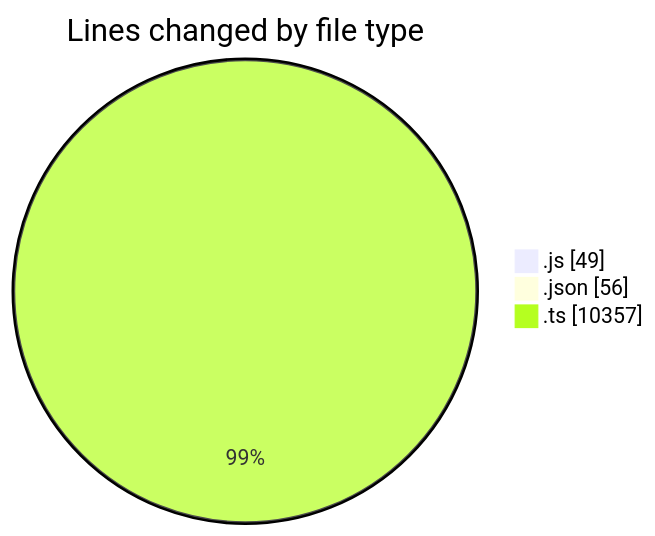
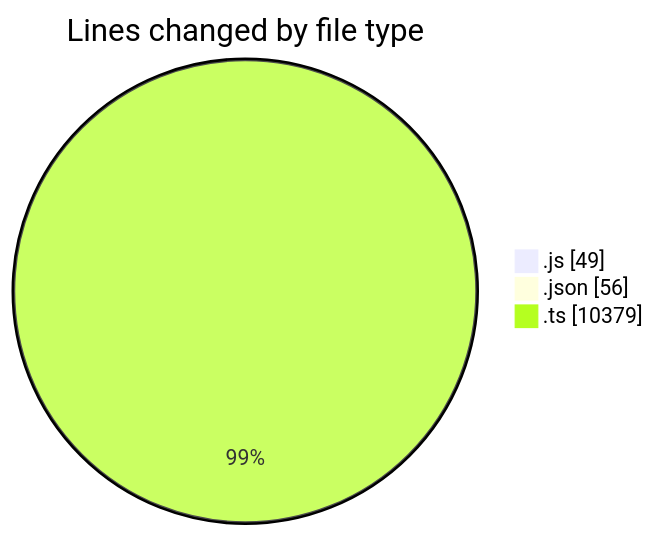
One commit to momahboobian/code-tracking changed the first of 2 diagrams in 2025-09-04/cda/README.md. Above: the diagram before and after it, drawn with Mermaid. The commit also changed other lines of this file and 1 other file, not shown here.

````diff
--- a/2025-09-04/cda/README.md
+++ b/2025-09-04/cda/README.md
@@ -24,7 +24,7 @@
 ```mermaid
 pie showData
 title Lines changed by file type
 ".js" : 49
 ".json" : 56
-".ts" : 10357
+".ts" : 10379
 ```
````
